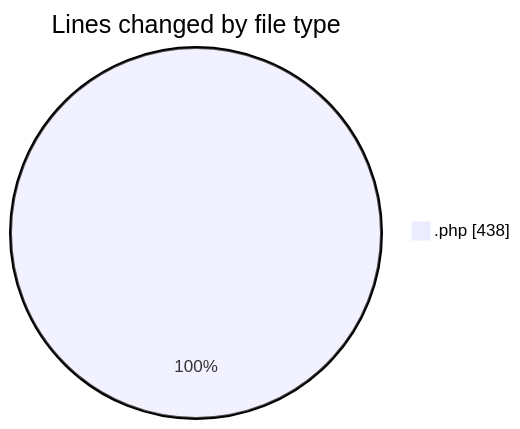
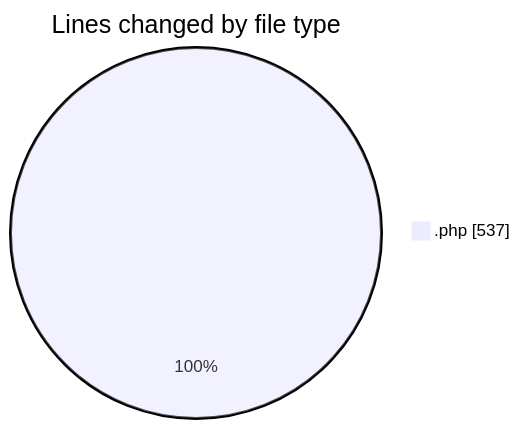
The first of 2 diagrams in 2025-06-23/studio-backend/README.md (idhammustaqopulfikri/code-tracking), drawn with Mermaid before and after one commit. The commit also changed other lines of this file and 1 other file, not shown here.

````diff
--- a/2025-06-23/studio-backend/README.md
+++ b/2025-06-23/studio-backend/README.md
@@ -20,5 +20,5 @@
 ```mermaid
 pie showData
 title Lines changed by file type
-".php" : 438
+".php" : 537
 ```
````
